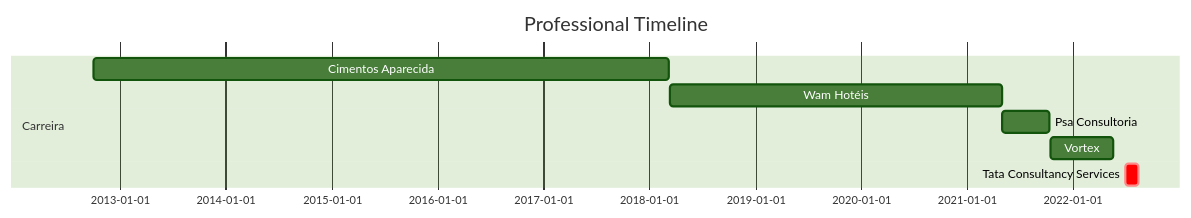
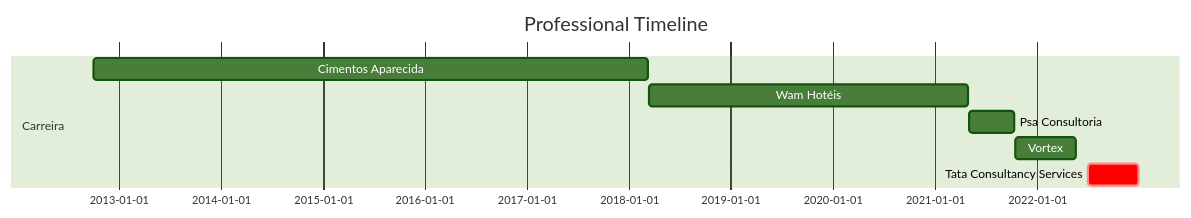
Before and after one commit to Robisonnunes/RobisonNunes: the diagram in README.md, drawn with Mermaid (forest theme). The commit also changed other lines of this file, not shown here.

````diff
--- a/README.md
+++ b/README.md
@@ -15,14 +15,14 @@
 ```mermaid
 
 gantt
 dateFormat  YYYY-MM-DD
 title Professional Timeline
 
 section Carreira
 Cimentos Aparecida    :2012-10-01,2018-03-10
 Wam Hotéis            :2018-03-13,2021-04-30
 Psa Consultoria       :2021-05-03,2021-10-12
 Vortex                :2021-10-15,2022-05-19
-Tata Consultancy Services :crit,2022-07-01,2022-08-15
+Tata Consultancy Services :crit,2022-07-01,2022-12-31
 
 ```
````
